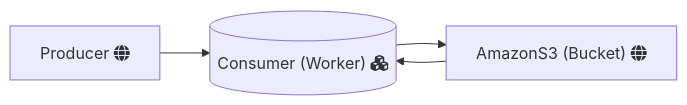
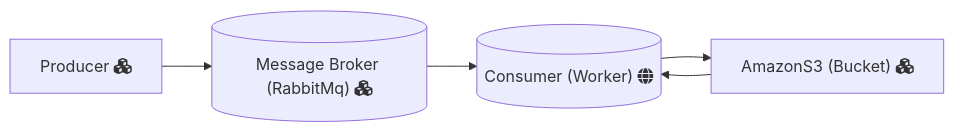
The diagram in README.md (FueledByRage/handle-images-worker), drawn with Mermaid before and after one commit.

````diff
--- a/README.md
+++ b/README.md
@@ -16,9 +16,11 @@
 ```mermaid
 graph LR;
-    A["Producer fa:fa-globe"]
-    B[("Consumer (Worker) fa:fa-cubes")]
-    C["AmazonS3 (Bucket) fa:fa-globe"]
+    A["Producer fa:fa-cubes"]
+    B[("Message Broker (RabbitMq) fa:fa-cubes")]
+    C[("Consumer (Worker) fa:fa-globe")]
+    D["AmazonS3 (Bucket) fa:fa-cubes"]
     A-->B;
     B-->C;
-    C-->B;
+    C-->D;
+    D-->C;
 ```
````
